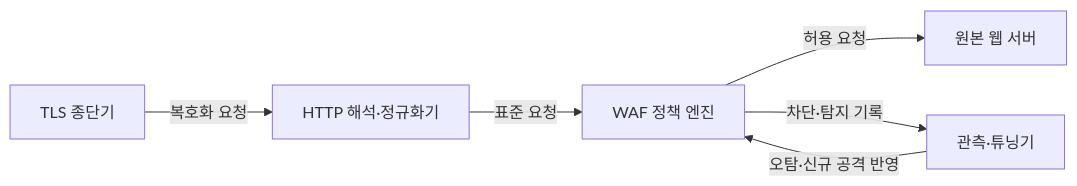
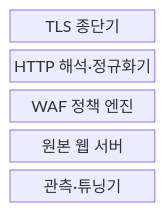
One commit to agnusdei1207/knowledge-base changed the first of 2 diagrams in src/content/docs/notes/04-network/091_waf_web_application_firewall.md. Above: the diagram before and after it, drawn with Mermaid. The commit also changed other lines of this file and 21 other files, not shown here.

````diff
--- a/src/content/docs/notes/04-network/091_waf_web_application_firewall.md
+++ b/src/content/docs/notes/04-network/091_waf_web_application_firewall.md
@@ -52,8 +52,9 @@
 ```mermaid
-flowchart LR
-    A["TLS 종단기"] -->|복호화 요청| B["HTTP 해석·정규화기"]
-    B -->|표준 요청| C["WAF 정책 엔진"]
-    C -->|허용 요청| D["원본 웹 서버"]
-    C -->|차단·탐지 기록| E["관측·튜닝기"]
-    E -->|오탐·신규 공격 반영| C
+block-beta
+    columns 1
+    TLS["TLS 종단기"]
+    NORMALIZER["HTTP 해석·정규화기"]
+    POLICY["WAF 정책 엔진"]
+    ORIGIN["원본 웹 서버"]
+    TUNING["관측·튜닝기"]
 ```
````
